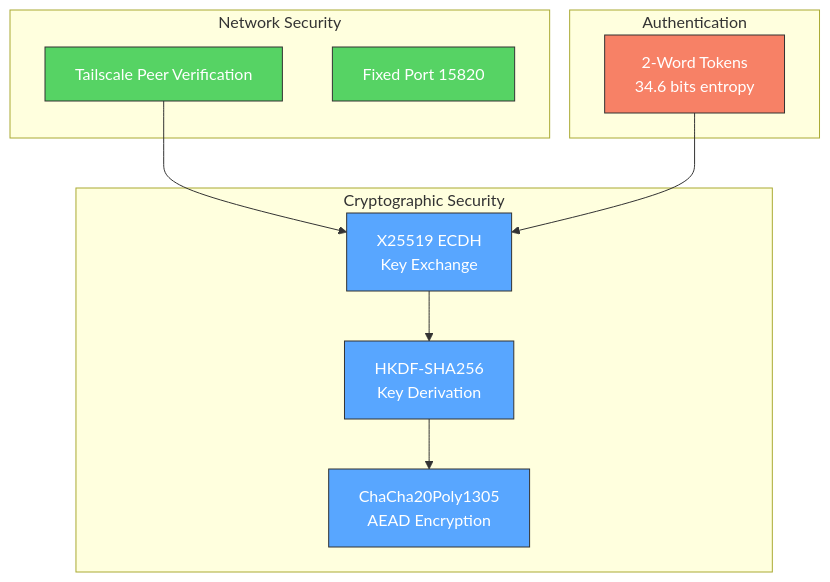
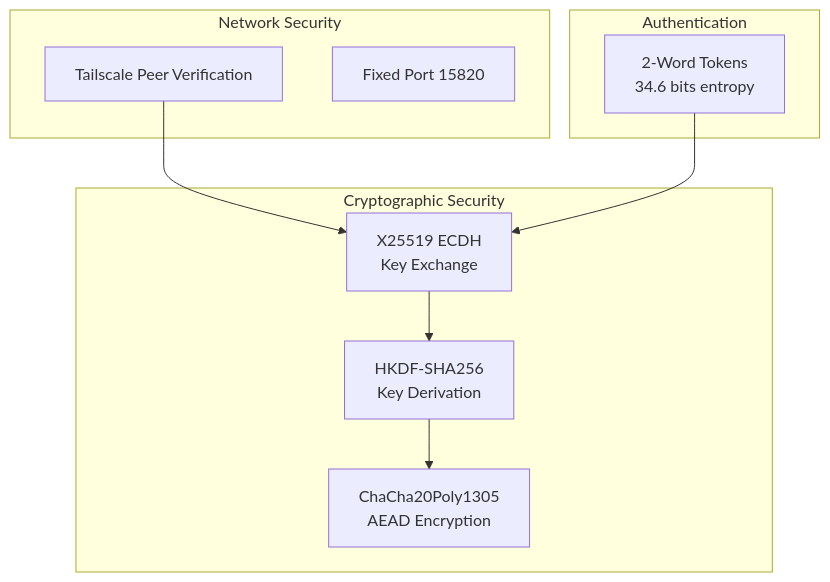
The fourth of 4 diagrams in docs/index.md (proudsunburn/ftransfer), drawn with Mermaid before and after one commit. The commit also changed other lines of this file and 23 other files, not shown here.

Commit message:
MINOR: Remove colors from mermaid for easy light/dark mode switching

````diff
--- a/docs/index.md
+++ b/docs/index.md
@@ -59,26 +47,22 @@
 ```mermaid
 graph TD
     subgraph network[" Network Security "]
-        tailscale_net["Tailscale Peer Verification"]:::green
-        port["Fixed Port 15820"]:::green
+        tailscale_net["Tailscale Peer Verification"]
+        port["Fixed Port 15820"]
     end
 
     subgraph cryptography[" Cryptographic Security "]
-        x25519["X25519 ECDH<br/>Key Exchange"]:::blue
-        chacha20["ChaCha20Poly1305<br/>AEAD Encryption"]:::blue
-        hkdf["HKDF-SHA256<br/>Key Derivation"]:::blue
+        x25519["X25519 ECDH<br/>Key Exchange"]
+        chacha20["ChaCha20Poly1305<br/>AEAD Encryption"]
+        hkdf["HKDF-SHA256<br/>Key Derivation"]
     end
 
     subgraph auth[" Authentication "]
-        tokens["2-Word Tokens<br/>34.6 bits entropy"]:::red
+        tokens["2-Word Tokens<br/>34.6 bits entropy"]
     end
 
     tailscale_net --> x25519
     x25519 --> hkdf
     hkdf --> chacha20
     tokens --> x25519
-
-    classDef blue fill:#58a6ff,stroke:#333,color:#fff
-    classDef green fill:#56d364,stroke:#333,color:#fff
-    classDef red fill:#f78166,stroke:#333,color:#fff
 ```
````
